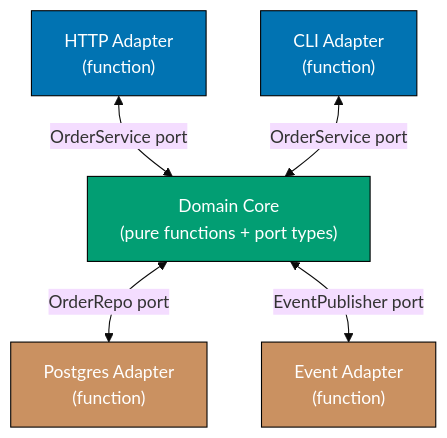
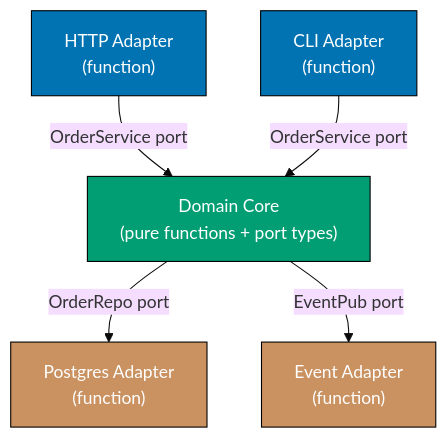
One commit to wahidyankf/open-sharia-enterprise changed diagram 17 of 18 in apps/ayokoding-web/content/en/learn/software-engineering/software-architecture/patterns-and-principles/in-fp-by-example/advanced.md. Above: the diagram before and after it, drawn with Mermaid (base theme). The commit also changed other lines of this file and 11 other files, not shown here.

First line of the commit message:
fix(ayokoding-web): repair 28 mermaid violations in expansion files

````diff
--- a/apps/ayokoding-web/content/en/learn/software-engineering/software-architecture/patterns-and-principles/in-fp-by-example/advanced.md
+++ b/apps/ayokoding-web/content/en/learn/software-engineering/software-architecture/patterns-and-principles/in-fp-by-example/advanced.md
@@ -6186,19 +6196,19 @@
 ```mermaid
 graph TD
     HTTP["HTTP Adapter<br/>(function)"]
     CLI["CLI Adapter<br/>(function)"]
     PG["Postgres Adapter<br/>(function)"]
     MQ["Event Adapter<br/>(function)"]
     Domain["Domain Core<br/>(pure functions + port types)"]
 
-    HTTP <-->|"OrderService port"| Domain
-    CLI  <-->|"OrderService port"| Domain
-    Domain <-->|"OrderRepo port"| PG
-    Domain <-->|"EventPublisher port"| MQ
+    HTTP -- "OrderService port" --> Domain
+    CLI  -- "OrderService port" --> Domain
+    Domain -- "OrderRepo port" --> PG
+    Domain -- "EventPub port" --> MQ
 
     style HTTP fill:#0173B2,stroke:#000,color:#fff
     style CLI fill:#0173B2,stroke:#000,color:#fff
     style PG fill:#CA9161,stroke:#000,color:#fff
     style MQ fill:#CA9161,stroke:#000,color:#fff
     style Domain fill:#029E73,stroke:#000,color:#fff
 ```
````
